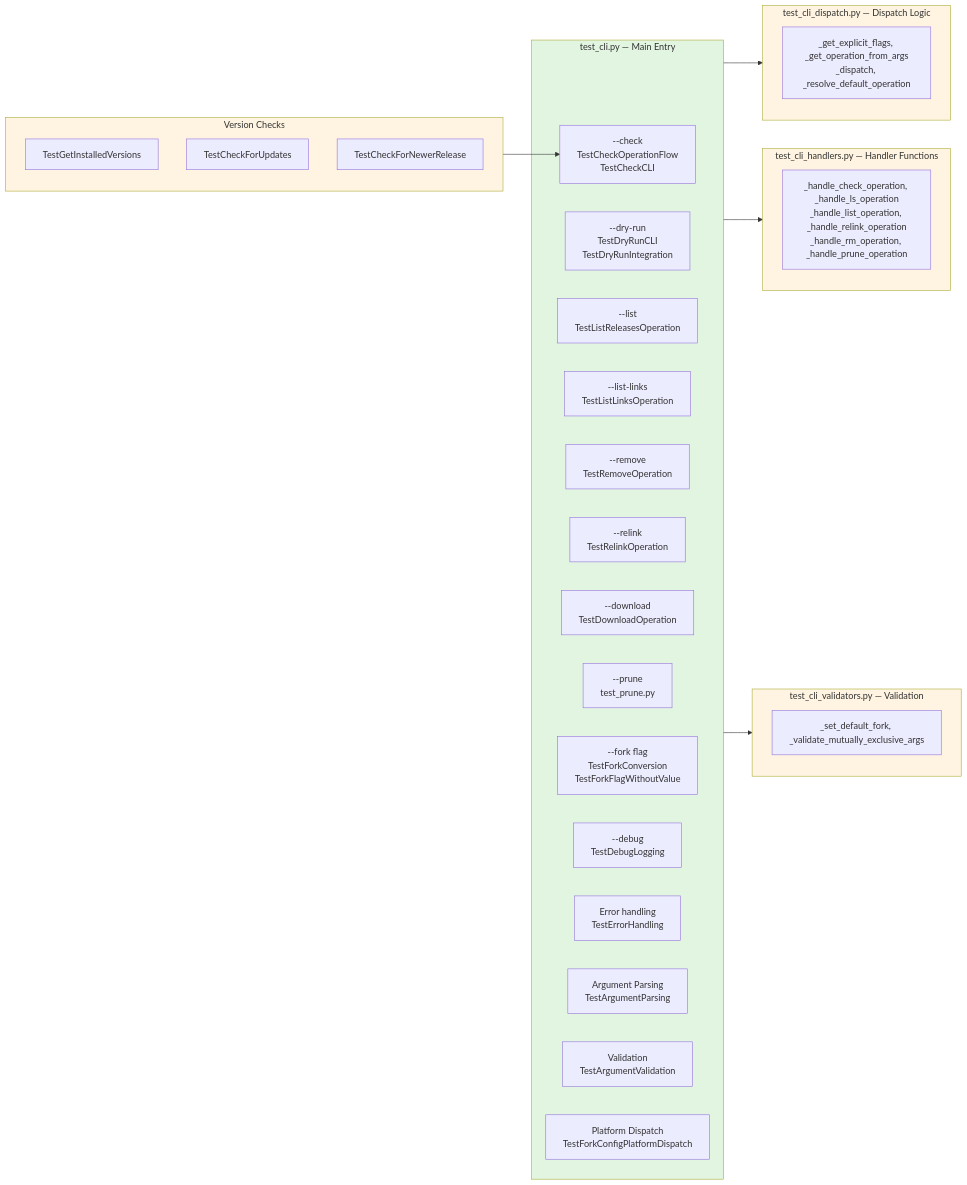
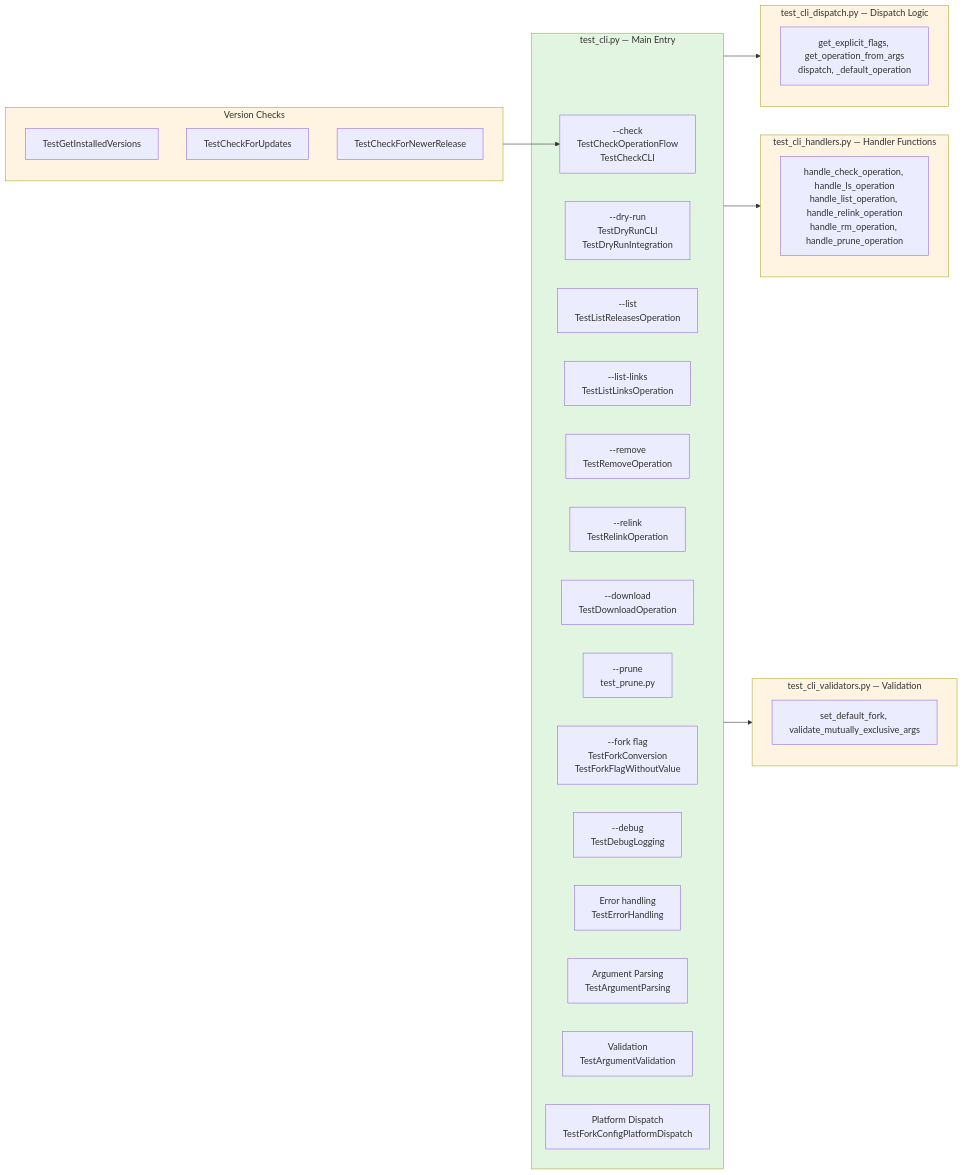
The ninth of 16 diagrams in tests/TEST_DESIGN.md (WombatFromHell/protonge-fetcher), drawn with Mermaid before and after one commit. The commit also changed other lines of this file and 44 other files, not shown here.

````diff
--- a/tests/TEST_DESIGN.md
+++ b/tests/TEST_DESIGN.md
@@ -400,48 +397,48 @@
 ```mermaid
 graph LR
     subgraph CLI_MAIN["test_cli.py — Main Entry"]
         OP_CHECK["--check<br/>TestCheckOperationFlow<br/>TestCheckCLI"]
         OP_DRYRUN["--dry-run<br/>TestDryRunCLI<br/>TestDryRunIntegration"]
         OP_LIST["--list<br/>TestListReleasesOperation"]
         OP_LINKS["--list-links<br/>TestListLinksOperation"]
         OP_REMOVE["--remove<br/>TestRemoveOperation"]
         OP_RELINK["--relink<br/>TestRelinkOperation"]
         OP_DOWNLOAD["--download<br/>TestDownloadOperation"]
         OP_PRUNE["--prune<br/>test_prune.py"]
         OP_FORK["--fork flag<br/>TestForkConversion<br/>TestForkFlagWithoutValue"]
         OP_DEBUG["--debug<br/>TestDebugLogging"]
         OP_ERROR["Error handling<br/>TestErrorHandling"]
         OP_PARSE["Argument Parsing<br/>TestArgumentParsing"]
         OP_VALID["Validation<br/>TestArgumentValidation"]
         OP_PLATFORM["Platform Dispatch<br/>TestForkConfigPlatformDispatch"]
     end
 
     subgraph CLI_DISPATCH["test_cli_dispatch.py — Dispatch Logic"]
-        DD["_get_explicit_flags, _get_operation_from_args<br/>_dispatch, _resolve_default_operation"]
+        DD["get_explicit_flags, get_operation_from_args<br/>dispatch, _default_operation"]
     end
 
     subgraph CLI_HANDLERS["test_cli_handlers.py — Handler Functions"]
-        DH["_handle_check_operation, _handle_ls_operation<br/>_handle_list_operation, _handle_relink_operation<br/>_handle_rm_operation, _handle_prune_operation"]
+        DH["handle_check_operation, handle_ls_operation<br/>handle_list_operation, handle_relink_operation<br/>handle_rm_operation, handle_prune_operation"]
     end
 
     subgraph CLI_VALIDATORS["test_cli_validators.py — Validation"]
-        DV["_set_default_fork, _validate_mutually_exclusive_args"]
+        DV["set_default_fork, validate_mutually_exclusive_args"]
     end
 
     subgraph VERSIONS["Version Checks"]
         INSTALLED["TestGetInstalledVersions"]
         UPDATES["TestCheckForUpdates"]
         NEWER["TestCheckForNewerRelease"]
     end
 
     CLI_MAIN --> CLI_DISPATCH
     CLI_MAIN --> CLI_HANDLERS
     CLI_MAIN --> CLI_VALIDATORS
     VERSIONS --> OP_CHECK
 
     style CLI_MAIN fill:#e1f5e1
     style CLI_DISPATCH fill:#fff4e1
     style CLI_HANDLERS fill:#fff4e1
     style CLI_VALIDATORS fill:#fff4e1
     style VERSIONS fill:#fff4e1
 ```
````
